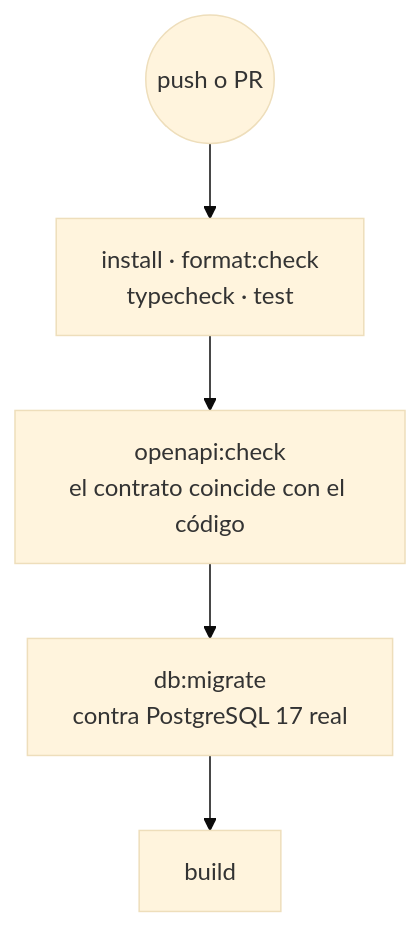
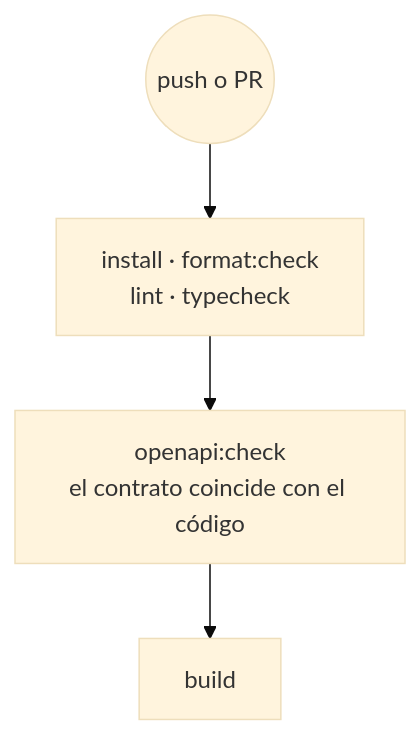
The fifth of 6 diagrams in docs/plataforma/06-desarrollo-y-operacion.md (samirharrytl/DHC_landing), drawn with Mermaid (base theme) before and after one commit. The commit also changed other lines of this file and 12 other files, not shown here.

````diff
--- a/docs/plataforma/06-desarrollo-y-operacion.md
+++ b/docs/plataforma/06-desarrollo-y-operacion.md
@@ -414,9 +408,8 @@
 ```mermaid
 flowchart TB
     B0(("push o PR"))
-    B1["install · format:check<br/>typecheck · test"]
+    B1["install · format:check<br/>lint · typecheck"]
     B2["openapi:check<br/>el contrato coincide con el código"]
-    B3["db:migrate<br/>contra PostgreSQL 17 real"]
     B4["build"]
-    B0 --> B1 --> B2 --> B3 --> B4
+    B0 --> B1 --> B2 --> B4
 ```
````
